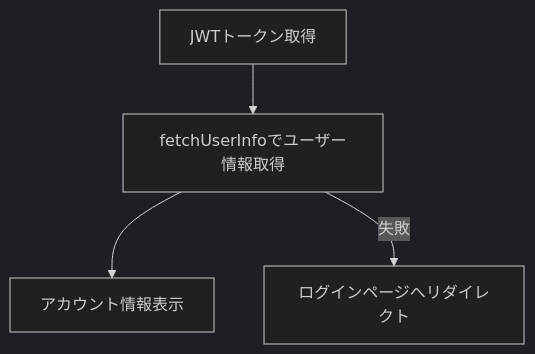
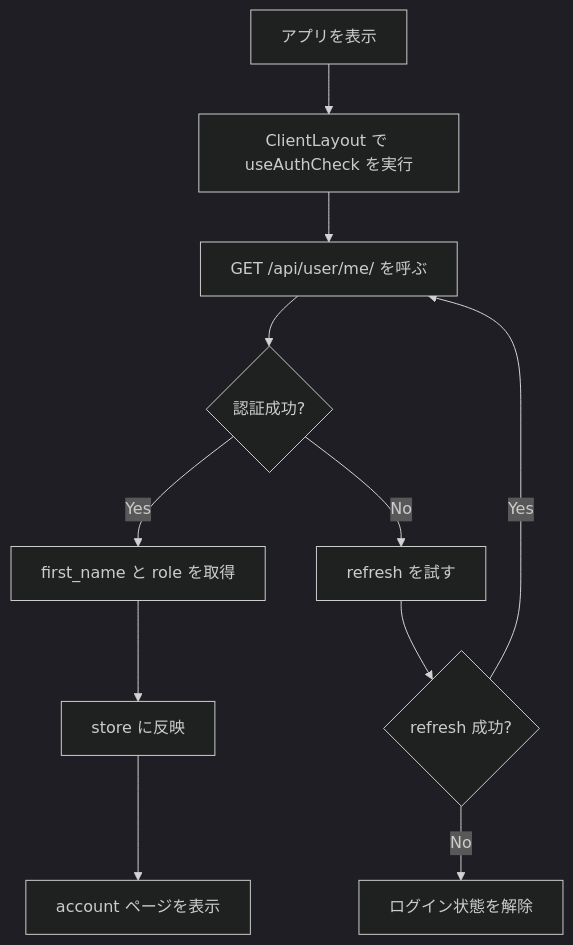
One commit to Saaka-y/korup changed the diagram in docs/account/flowchart.md. Above: the diagram before and after it, drawn with Mermaid (dark theme). The commit also changed 9 other files, not shown here.

````diff
--- a/docs/account/flowchart.md
+++ b/docs/account/flowchart.md
@@ -3,6 +3,13 @@
 ```mermaid
 flowchart TD
-    A[JWTトークン取得] --> B[fetchUserInfoでユーザー情報取得]
-    B --> C[アカウント情報表示]
-    B -->|失敗| D[ログインページへリダイレクト]
+    A[アプリを表示] --> B[ClientLayout で useAuthCheck を実行]
+    B --> C[GET /api/user/me/ を呼ぶ]
+    C --> D{認証成功?}
+    D -->|Yes| E[first_name と role を取得]
+    E --> F[store に反映]
+    F --> G[account ページを表示]
+    D -->|No| H[refresh を試す]
+    H --> I{refresh 成功?}
+    I -->|Yes| C
+    I -->|No| J[ログイン状態を解除]
 ```
````
